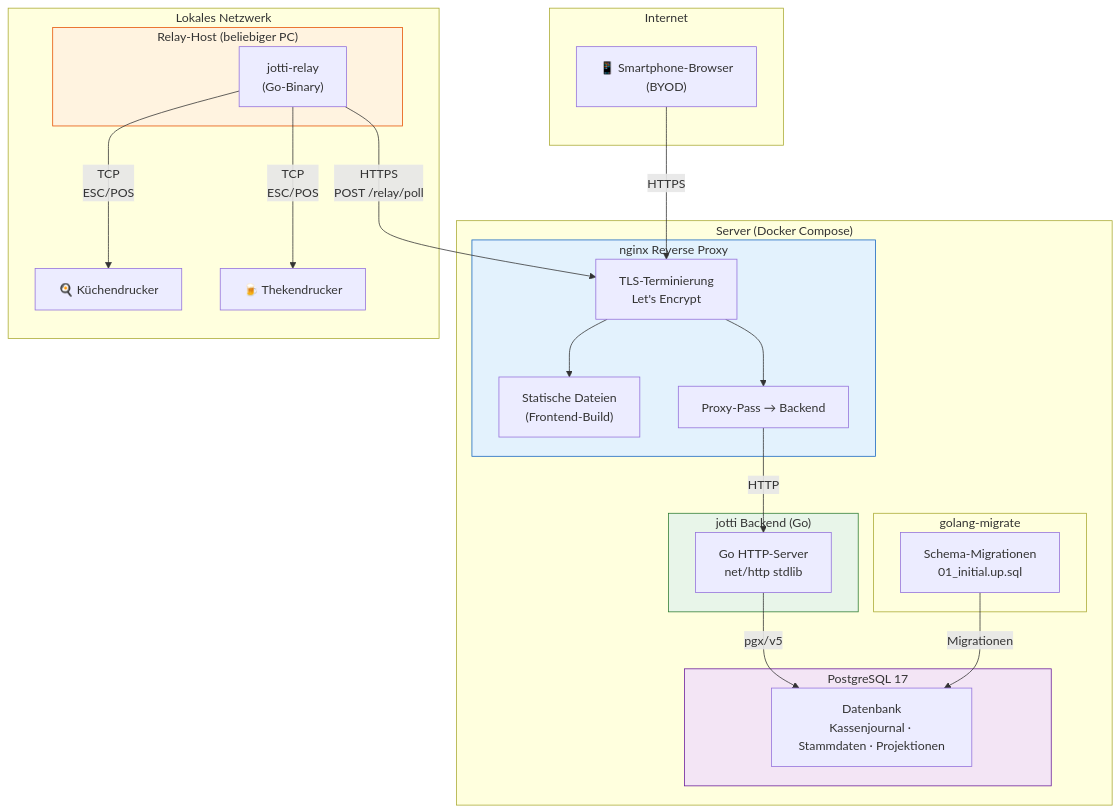
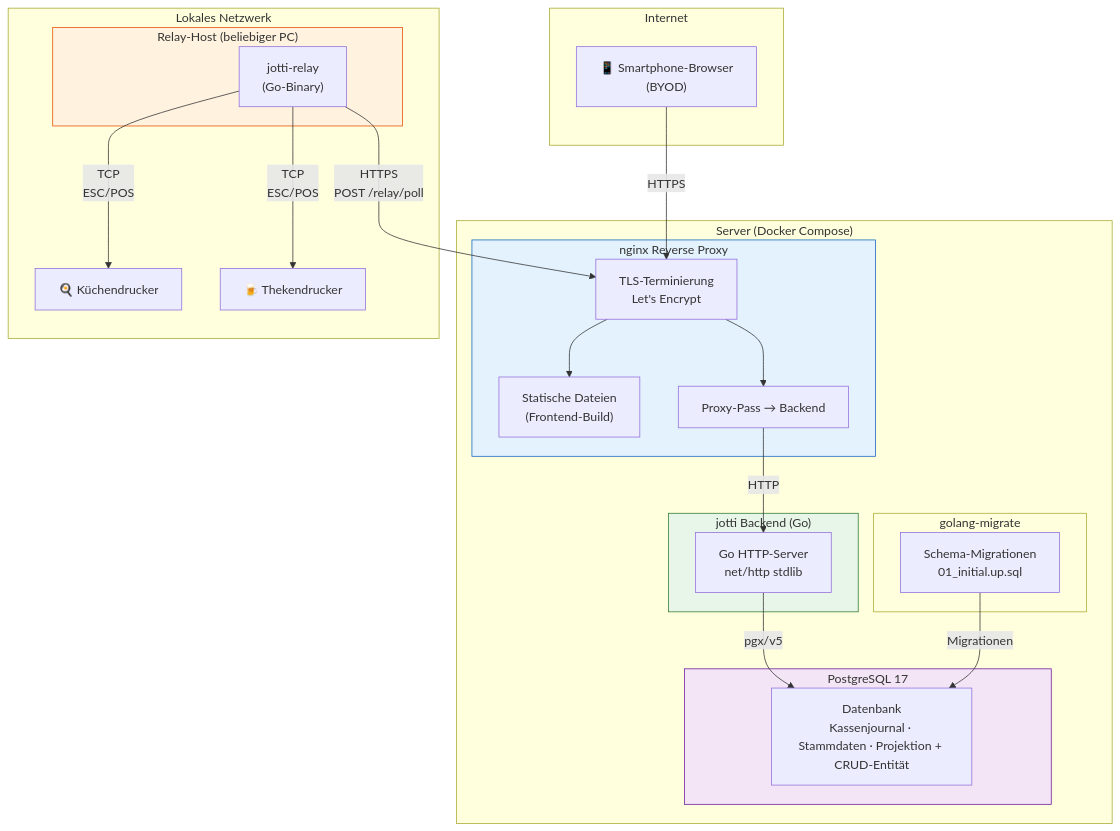
Diagram 15 of 19 in docs/diagrams.md (nicograef/jotti), drawn with Mermaid before and after one commit. The commit also changed other lines of this file and 21 other files, not shown here.

````diff
--- a/docs/diagrams.md
+++ b/docs/diagrams.md
@@ -667,51 +664,51 @@
 ```mermaid
 graph TB
     subgraph internet ["Internet"]
         Client["📱 Smartphone-Browser<br/>(BYOD)"]
     end
 
     subgraph server ["Server (Docker Compose)"]
         subgraph nginx ["nginx Reverse Proxy"]
             TLS["TLS-Terminierung<br/>Let's Encrypt"]
             Static["Statische Dateien<br/>(Frontend-Build)"]
             Proxy["Proxy-Pass → Backend"]
         end
 
         subgraph backend ["jotti Backend (Go)"]
             API["Go HTTP-Server<br/>net/http stdlib"]
         end
 
         subgraph db ["PostgreSQL 17"]
-            Database["Datenbank<br/>Kassenjournal · Stammdaten · Projektionen"]
+            Database["Datenbank<br/>Kassenjournal · Stammdaten · Projektion + CRUD-Entität"]
         end
 
         subgraph migrate ["golang-migrate"]
             Mig["Schema-Migrationen<br/>01_initial.up.sql"]
         end
     end
 
     subgraph lokal ["Lokales Netzwerk"]
         subgraph relayhost ["Relay-Host (beliebiger PC)"]
             PrintRelay["jotti-relay<br/>(Go-Binary)"]
         end
 
         Drucker1["🍳 Küchendrucker"]
         Drucker2["🍺 Thekendrucker"]
     end
 
     Client -->|"HTTPS"| TLS
     TLS --> Static
     TLS --> Proxy
     Proxy -->|"HTTP"| API
     API -->|"pgx/v5"| Database
     Mig -->|"Migrationen"| Database
 
     PrintRelay -->|"HTTPS<br/>POST /relay/poll"| TLS
     PrintRelay -->|"TCP<br/>ESC/POS"| Drucker1
     PrintRelay -->|"TCP<br/>ESC/POS"| Drucker2
 
     style nginx fill:#e3f2fd,stroke:#1565c0
     style backend fill:#e8f5e9,stroke:#2e7d32
     style db fill:#f3e5f5,stroke:#6a1b9a
     style relayhost fill:#fff3e0,stroke:#e65100
 ```
````
